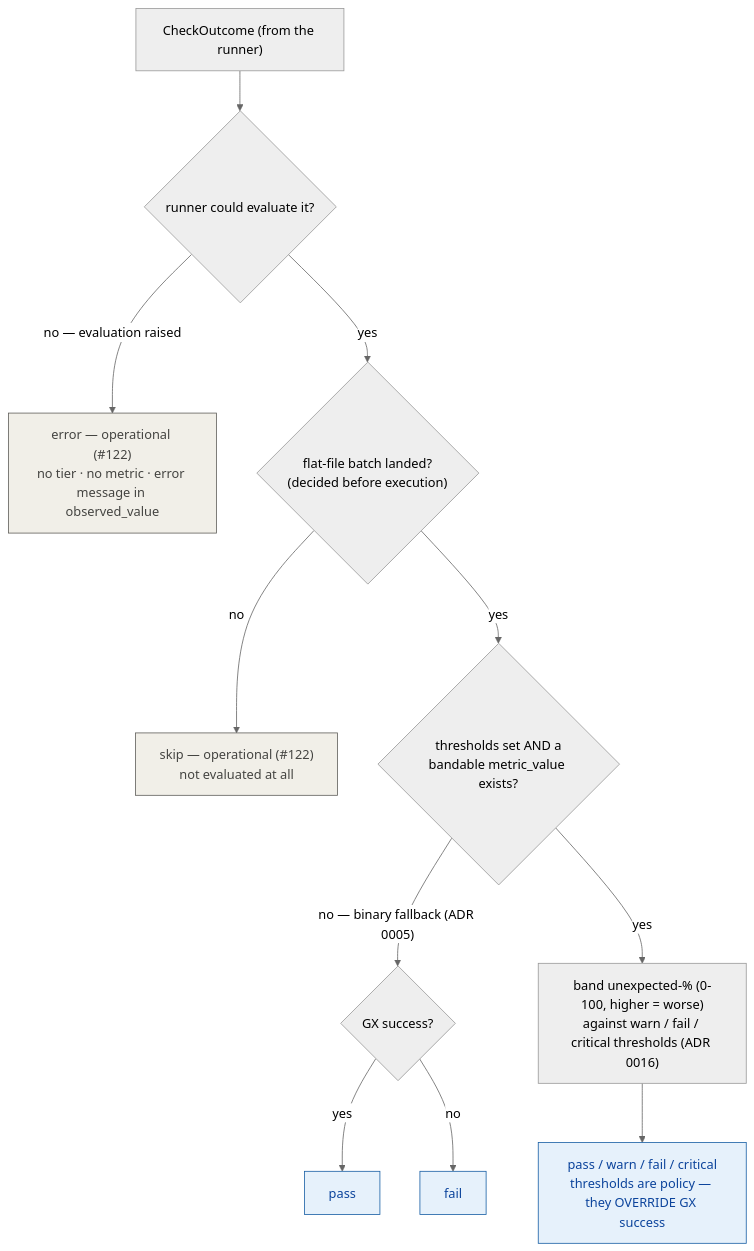
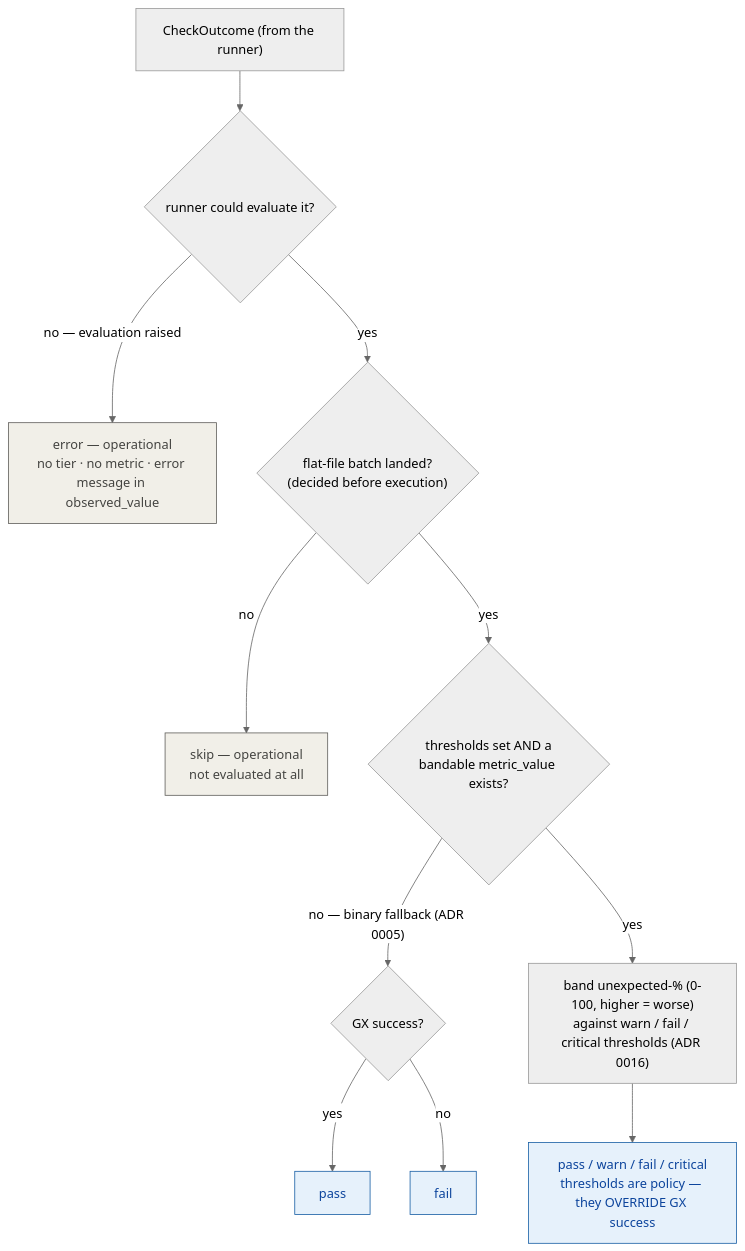
The sixth of 7 diagrams in docs/site/architecture.md (TheurgicDuke771/DataQ), drawn with Mermaid (neutral theme) before and after one commit. The commit also changed other lines of this file and 22 other files, not shown here.

````diff
--- a/docs/site/architecture.md
+++ b/docs/site/architecture.md
@@ -506,18 +506,18 @@
 ```mermaid
 flowchart TD
     O["CheckOutcome (from the runner)"] --> E{"runner could evaluate it?"}
-    E -- "no — evaluation raised" --> ERR["error — operational (#122)<br/>no tier · no metric · error message in observed_value"]
+    E -- "no — evaluation raised" --> ERR["error — operational<br/>no tier · no metric · error message in observed_value"]
     E -- yes --> S{"flat-file batch landed?<br/>(decided before execution)"}
-    S -- no --> SKIP["skip — operational (#122)<br/>not evaluated at all"]
+    S -- no --> SKIP["skip — operational<br/>not evaluated at all"]
     S -- yes --> M{"thresholds set AND a<br/>bandable metric_value exists?"}
     M -- "no — binary fallback (ADR 0005)" --> BIN{"GX success?"}
     BIN -- yes --> PASS[pass]
     BIN -- no --> FAIL[fail]
     M -- yes --> BAND["band unexpected-% (0-100, higher = worse)<br/>against warn / fail / critical thresholds (ADR 0016)"]
     BAND --> TIER["pass / warn / fail / critical<br/>thresholds are policy — they OVERRIDE GX success"]
 
     classDef op fill:#F1EFE8,stroke:#5F5E5A,color:#444441
     classDef tier fill:#E6F1FB,stroke:#185FA5,color:#0C449C
     class ERR,SKIP op
     class PASS,FAIL,TIER tier
 ```
````
